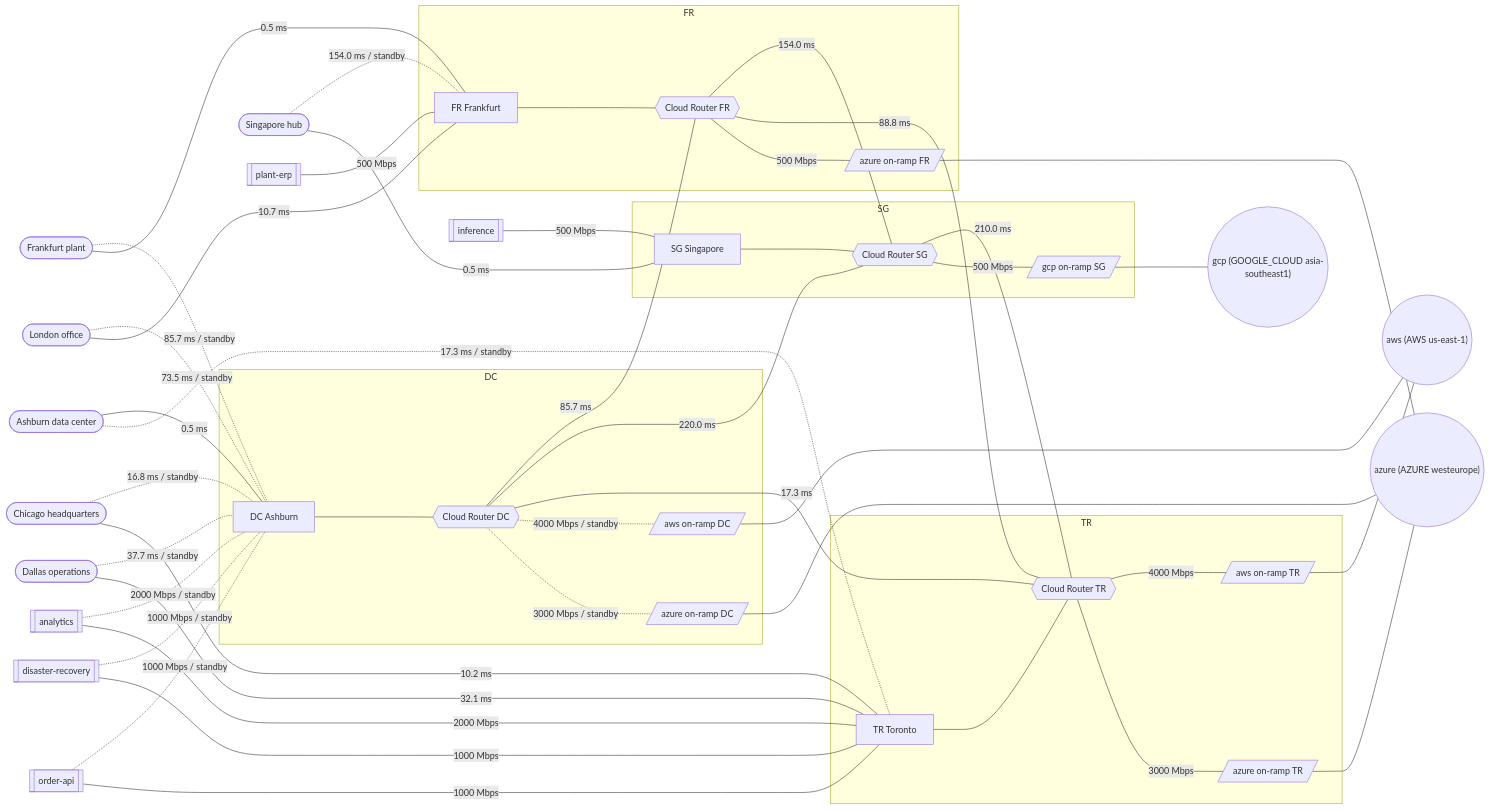
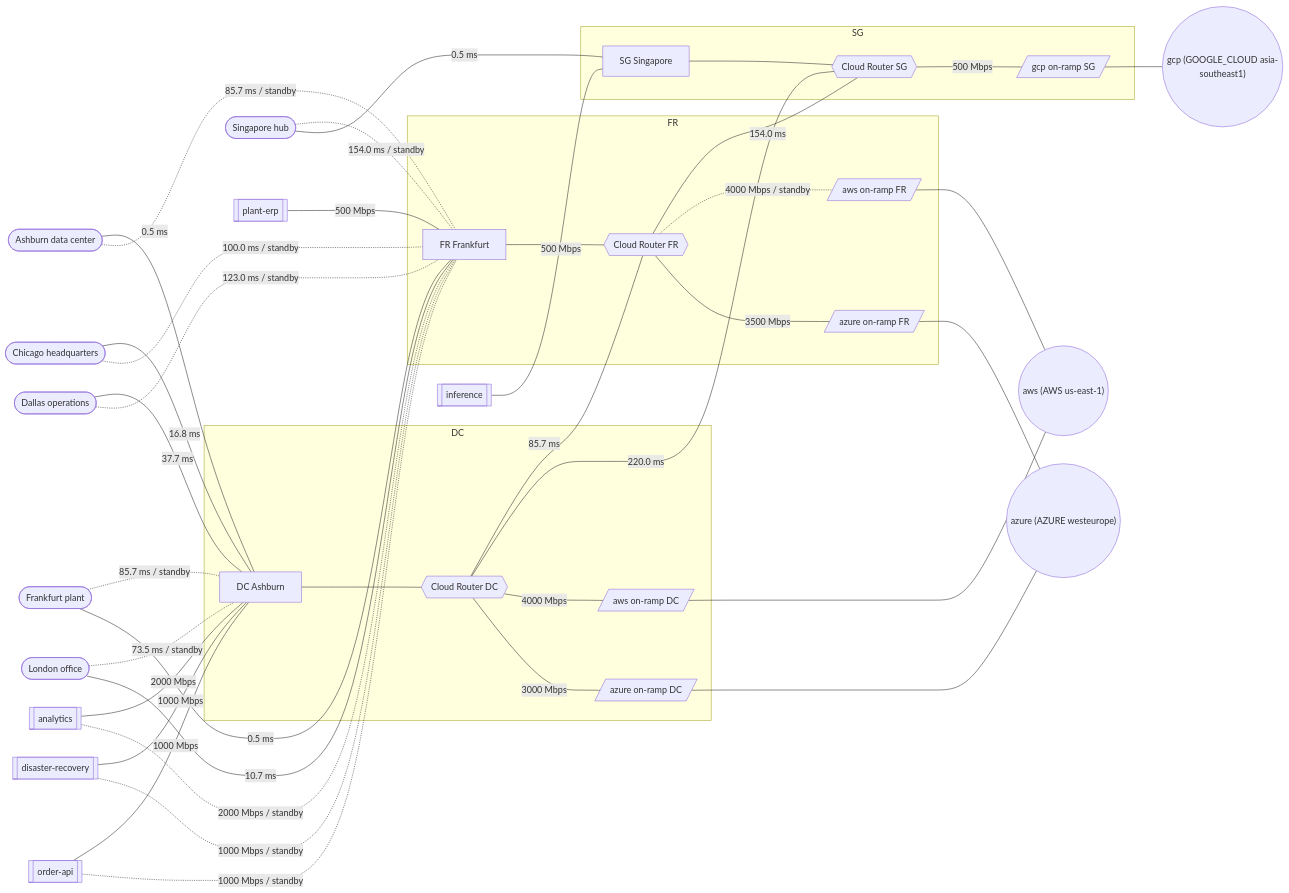
Before and after one commit to iantjones/equinix-java-sdk: the diagram in docs/design/examples/end-to-end/decision-record.md, drawn with Mermaid. The commit also changed other lines of this file and 47 other files, not shown here.

````diff
--- a/docs/design/examples/end-to-end/decision-record.md
+++ b/docs/design/examples/end-to-end/decision-record.md
@@ -270,81 +268,70 @@
 ```mermaid
 flowchart LR
     n0(["Ashburn data center"])
     n1(["Chicago headquarters"])
     n2(["Dallas operations"])
     n3(["Frankfurt plant"])
     n4(["London office"])
     n5(["Singapore hub"])
-    n20(("aws (AWS us-east-1)"))
-    n21(("azure (AZURE westeurope)"))
-    n22(("gcp (GOOGLE_CLOUD asia-southeast1)"))
-    n23[["analytics"]]
-    n24[["disaster-recovery"]]
-    n25[["inference"]]
-    n26[["order-api"]]
-    n27[["plant-erp"]]
+    n17(("aws (AWS us-east-1)"))
+    n18(("azure (AZURE westeurope)"))
+    n19(("gcp (GOOGLE_CLOUD asia-southeast1)"))
+    n20[["analytics"]]
+    n21[["disaster-recovery"]]
+    n22[["inference"]]
+    n23[["order-api"]]
+    n24[["plant-erp"]]
     subgraph m_DC["DC"]
         n6["DC Ashburn"]
-        n10{{"Cloud Router DC"}}
-        n14[/"aws on-ramp DC"/]
-        n16[/"azure on-ramp DC"/]
+        n9{{"Cloud Router DC"}}
+        n12[/"aws on-ramp DC"/]
+        n14[/"azure on-ramp DC"/]
     end
     subgraph m_FR["FR"]
         n7["FR Frankfurt"]
-        n11{{"Cloud Router FR"}}
-        n17[/"azure on-ramp FR"/]
+        n10{{"Cloud Router FR"}}
+        n13[/"aws on-ramp FR"/]
+        n15[/"azure on-ramp FR"/]
     end
     subgraph m_SG["SG"]
         n8["SG Singapore"]
-        n12{{"Cloud Router SG"}}
-        n19[/"gcp on-ramp SG"/]
-    end
-    subgraph m_TR["TR"]
-        n9["TR Toronto"]
-        n13{{"Cloud Router TR"}}
-        n15[/"aws on-ramp TR"/]
-        n18[/"azure on-ramp TR"/]
+        n11{{"Cloud Router SG"}}
+        n16[/"gcp on-ramp SG"/]
     end
     n0 ---|"0.5 ms"| n6
-    n0 -.-|"17.3 ms / standby"| n9
-    n1 -.-|"16.8 ms / standby"| n6
-    n1 ---|"10.2 ms"| n9
-    n2 -.-|"37.7 ms / standby"| n6
-    n2 ---|"32.1 ms"| n9
+    n0 -.-|"85.7 ms / standby"| n7
+    n1 ---|"16.8 ms"| n6
+    n1 -.-|"100.0 ms / standby"| n7
+    n2 ---|"37.7 ms"| n6
+    n2 -.-|"123.0 ms / standby"| n7
     n3 -.-|"85.7 ms / standby"| n6
     n3 ---|"0.5 ms"| n7
     n4 -.-|"73.5 ms / standby"| n6
     n4 ---|"10.7 ms"| n7
     n5 -.-|"154.0 ms / standby"| n7
     n5 ---|"0.5 ms"| n8
-    n6 --- n10
-    n7 --- n11
-    n8 --- n12
-    n9 --- n13
-    n10 ---|"85.7 ms"| n11
-    n10 ---|"220.0 ms"| n12
-    n10 ---|"17.3 ms"| n13
-    n11 ---|"154.0 ms"| n12
-    n11 ---|"88.8 ms"| n13
-    n12 ---|"210.0 ms"| n13
-    n10 -.-|"4000 Mbps / standby"| n14
-    n13 ---|"4000 Mbps"| n15
-    n10 -.-|"3000 Mbps / standby"| n16
-    n11 ---|"500 Mbps"| n17
-    n13 ---|"3000 Mbps"| n18
-    n12 ---|"500 Mbps"| n19
-    n14 --- n20
-    n15 --- n20
-    n16 --- n21
-    n17 --- n21
-    n18 --- n21
-    n19 --- n22
-    n23 -.-|"2000 Mbps / standby"| n6
-    n23 ---|"2000 Mbps"| n9
-    n24 -.-|"1000 Mbps / standby"| n6
-    n24 ---|"1000 Mbps"| n9
-    n25 ---|"500 Mbps"| n8
-    n26 -.-|"1000 Mbps / standby"| n6
-    n26 ---|"1000 Mbps"| n9
-    n27 ---|"500 Mbps"| n7
+    n6 --- n9
+    n7 --- n10
+    n8 --- n11
+    n9 ---|"85.7 ms"| n10
+    n9 ---|"220.0 ms"| n11
+    n10 ---|"154.0 ms"| n11
+    n9 ---|"4000 Mbps"| n12
+    n10 -.-|"4000 Mbps / standby"| n13
+    n9 ---|"3000 Mbps"| n14
+    n10 ---|"3500 Mbps"| n15
+    n11 ---|"500 Mbps"| n16
+    n12 --- n17
+    n13 --- n17
+    n14 --- n18
+    n15 --- n18
+    n16 --- n19
+    n20 ---|"2000 Mbps"| n6
+    n20 -.-|"2000 Mbps / standby"| n7
+    n21 ---|"1000 Mbps"| n6
+    n21 -.-|"1000 Mbps / standby"| n7
+    n22 ---|"500 Mbps"| n8
+    n23 ---|"1000 Mbps"| n6
+    n23 -.-|"1000 Mbps / standby"| n7
+    n24 ---|"500 Mbps"| n7
 ```
````
